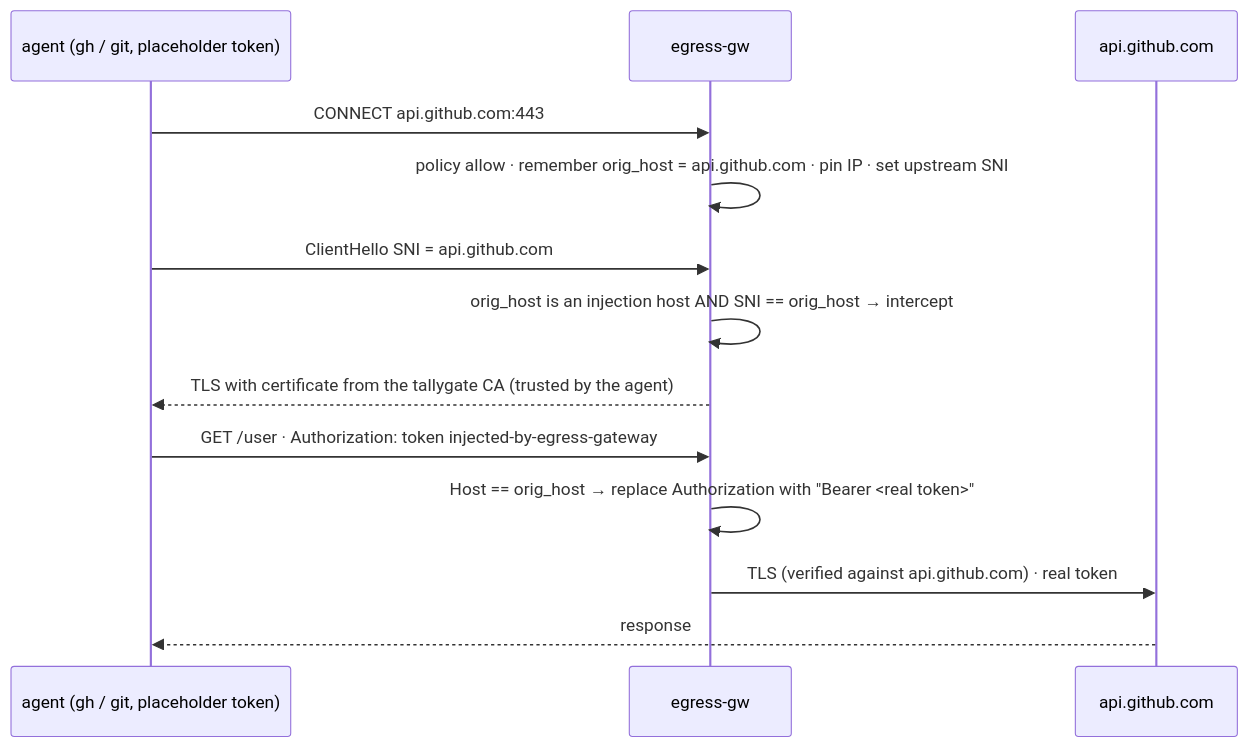
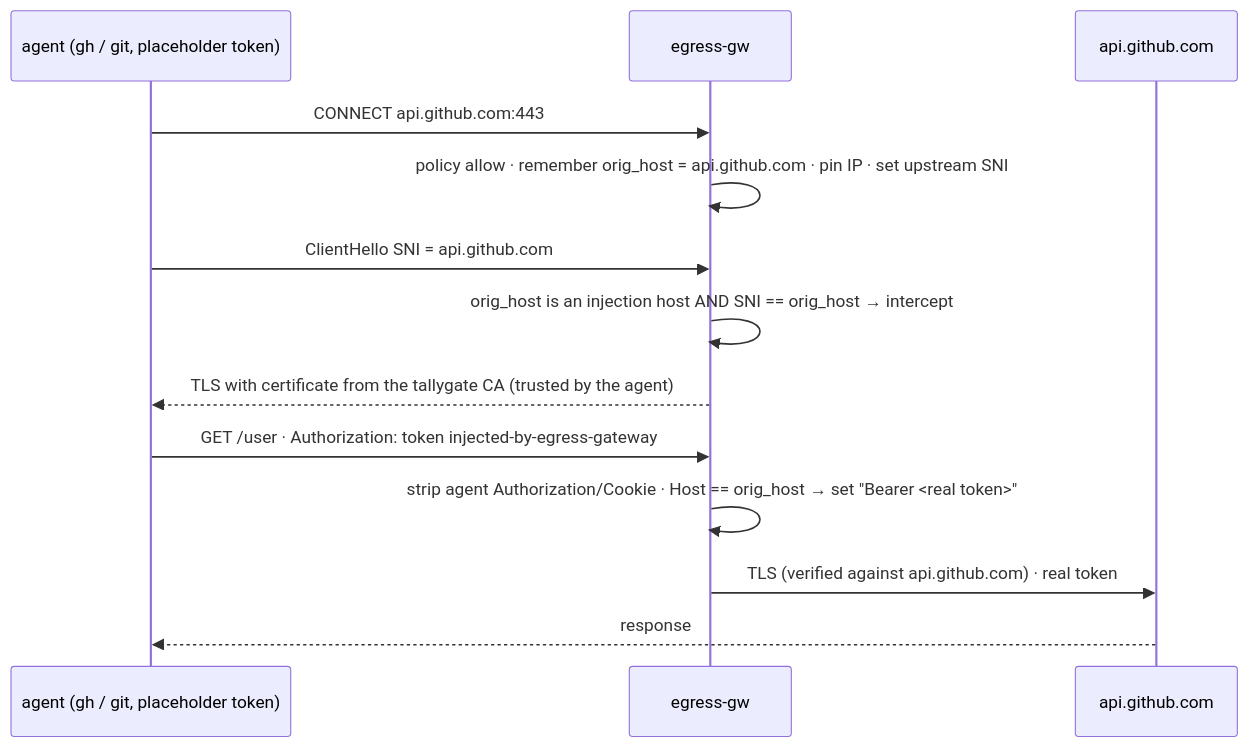
The fifth of 5 diagrams in docs/architecture.md (PhilippMundhenk/tallygate), drawn with Mermaid before and after one commit. The commit also changed other lines of this file and 50 other files, not shown here.

````diff
--- a/docs/architecture.md
+++ b/docs/architecture.md
@@ -147,15 +149,15 @@
 ```mermaid
 sequenceDiagram
     participant A as agent (gh / git, placeholder token)
     participant G as egress-gw
     participant S as api.github.com
     A->>G: CONNECT api.github.com:443
     G->>G: policy allow · remember orig_host = api.github.com · pin IP · set upstream SNI
     A->>G: ClientHello SNI = api.github.com
     G->>G: orig_host is an injection host AND SNI == orig_host → intercept
     G-->>A: TLS with certificate from the tallygate CA (trusted by the agent)
     A->>G: GET /user · Authorization: token injected-by-egress-gateway
-    G->>G: Host == orig_host → replace Authorization with "Bearer <real token>"
+    G->>G: strip agent Authorization/Cookie · Host == orig_host → set "Bearer <real token>"
     G->>S: TLS (verified against api.github.com) · real token
     S-->>A: response
 ```
````
